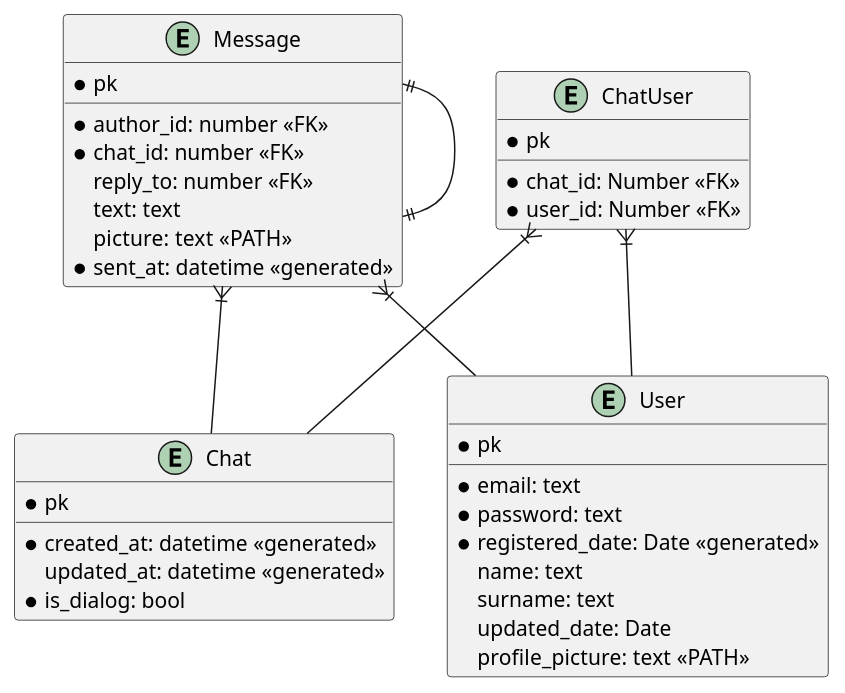
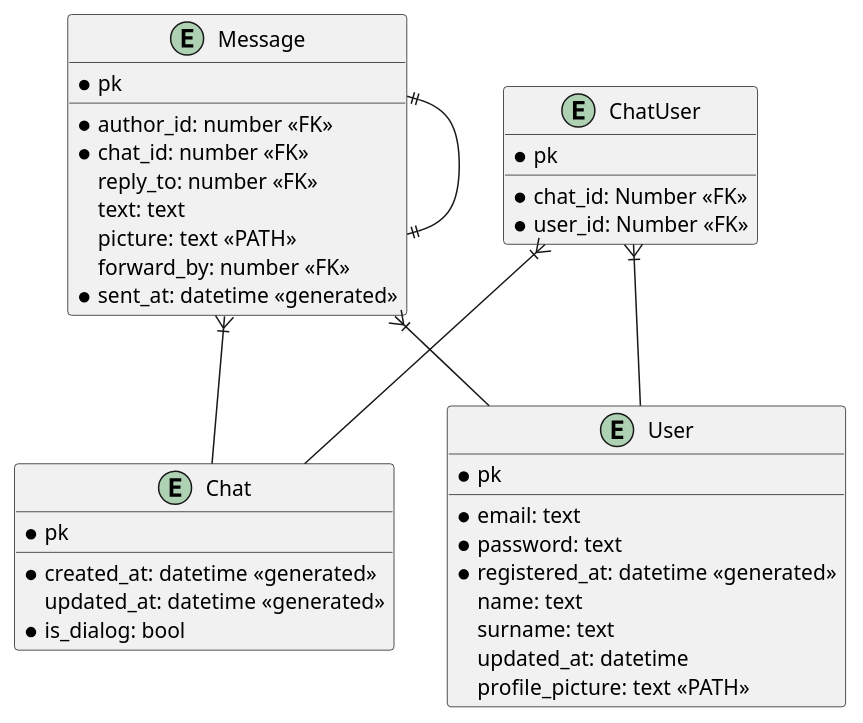
The diagram in docs/er_diagram/v0.1.0-er_init.puml (TimurGizatullinStckrs/messenger), drawn with PlantUML before and after one commit.

Commit message:
update er_diagram

```diff
--- a/docs/er_diagram/v0.1.0-er_init.puml
+++ b/docs/er_diagram/v0.1.0-er_init.puml
@@ -1,49 +1,50 @@
 @startuml
 entity Chat {
 * pk
 __
 *created_at: datetime <<generated>>
 updated_at: datetime <<generated>>
 *is_dialog: bool
 }
 
 entity Message {
 * pk
 __
 *author_id: number <<FK>>
 *chat_id: number <<FK>>
 reply_to: number <<FK>>
 text: text
 picture: text <<PATH>>
+forward_by: number <<FK>>
 *sent_at: datetime <<generated>>
 }
 
 entity User {
 * pk
 __
 *email: text
 *password: text
-*registered_date: Date <<generated>>
+*registered_at: datetime <<generated>>
 name: text
 surname: text
-updated_date: Date
+updated_at: datetime
 profile_picture: text <<PATH>>
 }
 
 entity ChatUser {
 * pk
 __
 * chat_id: Number <<FK>>
 * user_id: Number <<FK>>
 }
 
 
 ChatUser }|-- User
 ChatUser }|-- Chat
 
 
 Message }|-- User
 Message }|-- Chat
 
 Message ||--|| Message
 @enduml
```
